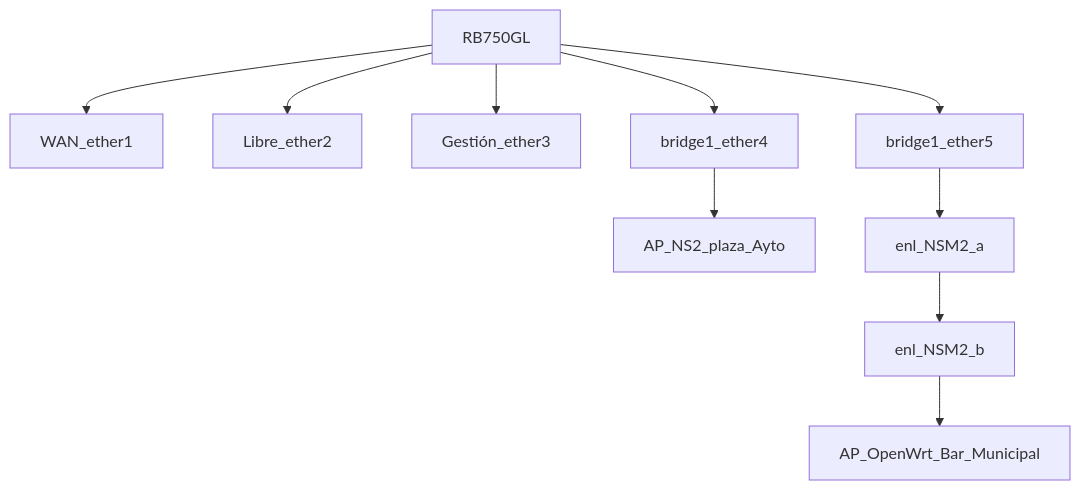
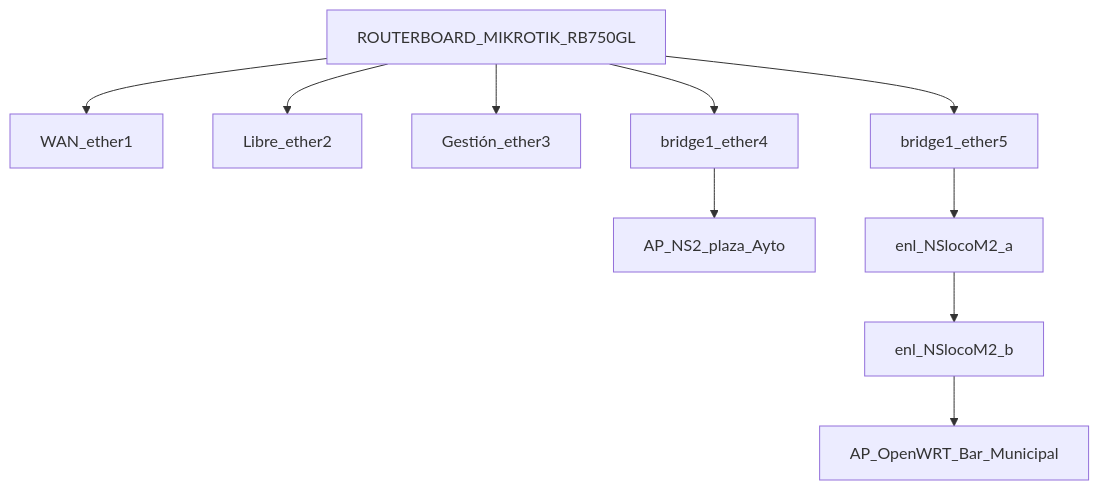
One commit to hotspotcepeda/hotspotcepeda.github.io changed the diagram in content/es/posts/hotspot.md. Above: the diagram before and after it, drawn with Mermaid. The commit also changed other lines of this file and 62 other files, not shown here.

````diff
--- a/content/es/posts/hotspot.md
+++ b/content/es/posts/hotspot.md
@@ -30,12 +38,12 @@
 ```mermaid
 graph TD;
-  RB750GL-->WAN_ether1;
-  RB750GL-->Libre_ether2;
-  RB750GL-->Gestión_ether3;
-  RB750GL-->bridge1_ether4;
+  ROUTERBOARD_MIKROTIK_RB750GL-->WAN_ether1;
+  ROUTERBOARD_MIKROTIK_RB750GL-->Libre_ether2;
+  ROUTERBOARD_MIKROTIK_RB750GL-->Gestión_ether3;
+  ROUTERBOARD_MIKROTIK_RB750GL-->bridge1_ether4;
   bridge1_ether4-->AP_NS2_plaza_Ayto;
-  RB750GL-->bridge1_ether5;
-  bridge1_ether5-->enl_NSM2_a;
-  enl_NSM2_a-->enl_NSM2_b;
-  enl_NSM2_b-->AP_OpenWrt_Bar_Municipal;
+  ROUTERBOARD_MIKROTIK_RB750GL-->bridge1_ether5;
+  bridge1_ether5-->enl_NSlocoM2_a;
+  enl_NSlocoM2_a-->enl_NSlocoM2_b;
+  enl_NSlocoM2_b-->AP_OpenWRT_Bar_Municipal;
 ```
````
